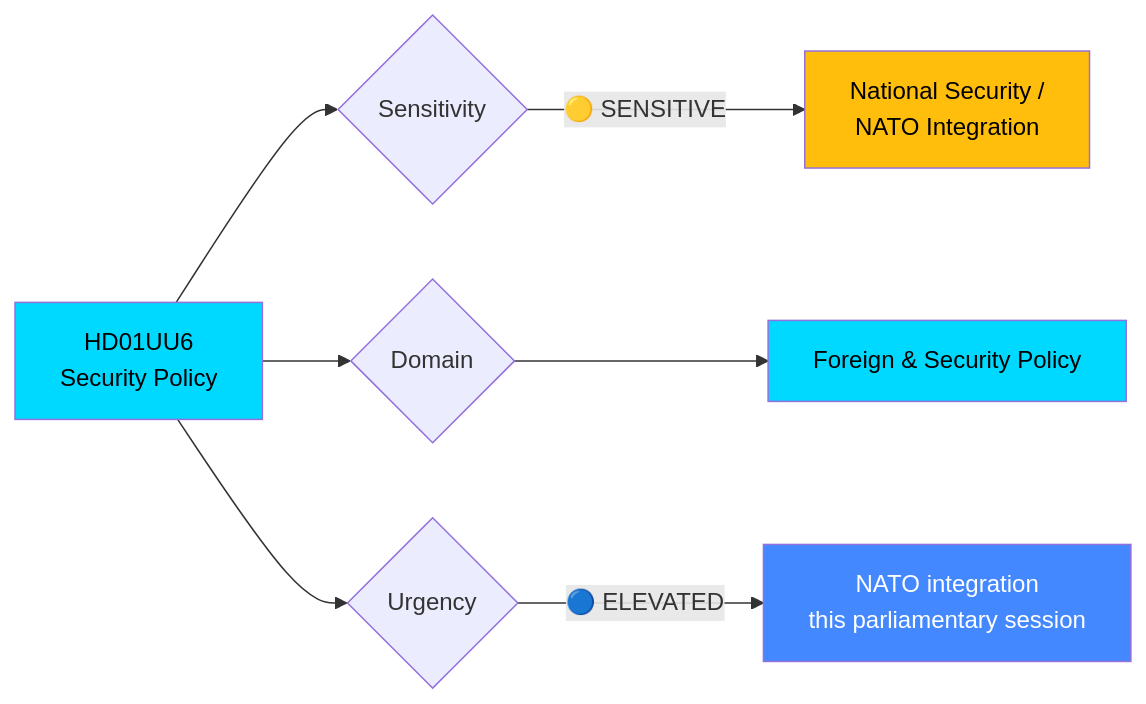
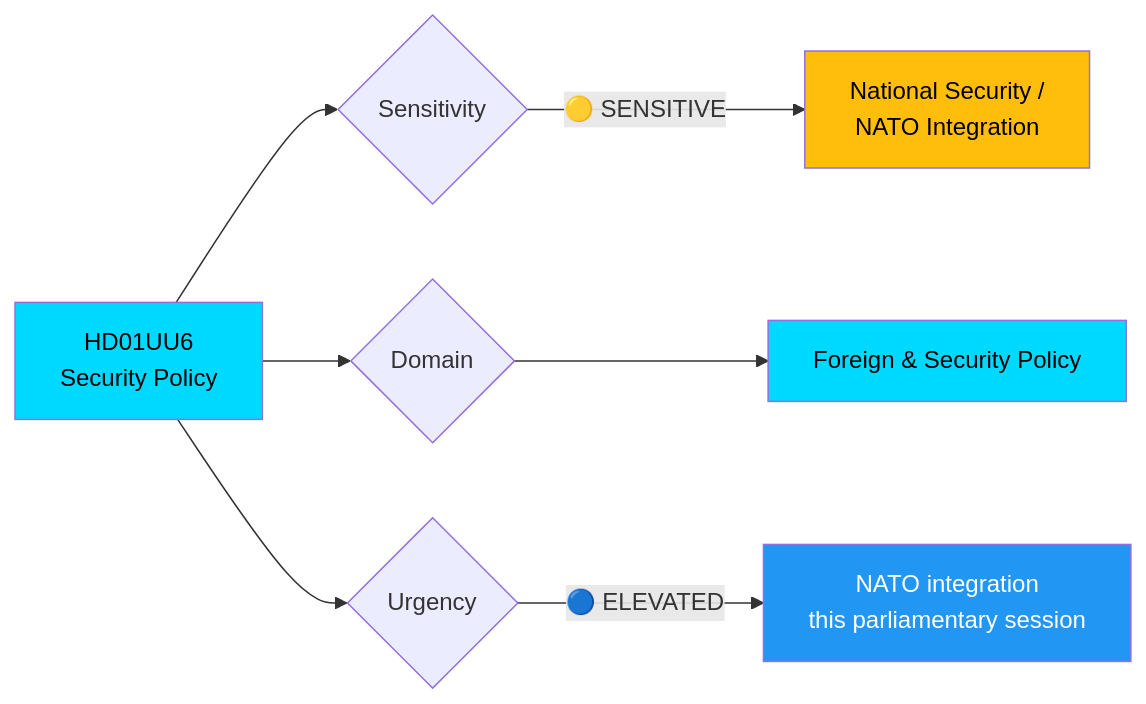
One commit to Hack23/riksdagsmonitor changed the diagram in analysis/daily/2026-04-13/committeeReports/documents/HD01UU6-analysis.md. Above: the diagram before and after it, drawn with Mermaid. The commit also changed 785 other files, not shown here.

First line of the commit message:
Normalize mermaid colors across 786 analysis artifacts to ISMS Style Guide palette

````diff
--- a/analysis/daily/2026-04-13/committeeReports/documents/HD01UU6-analysis.md
+++ b/analysis/daily/2026-04-13/committeeReports/documents/HD01UU6-analysis.md
@@ -20,13 +20,13 @@
 ```mermaid
 graph LR
     A["HD01UU6<br/>Security Policy"] --> B{"Sensitivity"}
     B -->|"🟡 SENSITIVE"| C["National Security /<br/>NATO Integration"]
     A --> D{"Domain"}
     D --> E["Foreign & Security Policy"]
     A --> F{"Urgency"}
     F -->|"🔵 ELEVATED"| G["NATO integration<br/>this parliamentary session"]
-    style A fill:#00d9ff,color:#000
-    style C fill:#ffbe0b,color:#000
-    style E fill:#00d9ff,color:#000
-    style G fill:#4488ff,color:#fff
+    style A fill:#00d9ff,color:#000000
+    style C fill:#ffbe0b,color:#000000
+    style E fill:#00d9ff,color:#000000
+    style G fill:#2196F3,color:#FFFFFF
 ```
````
